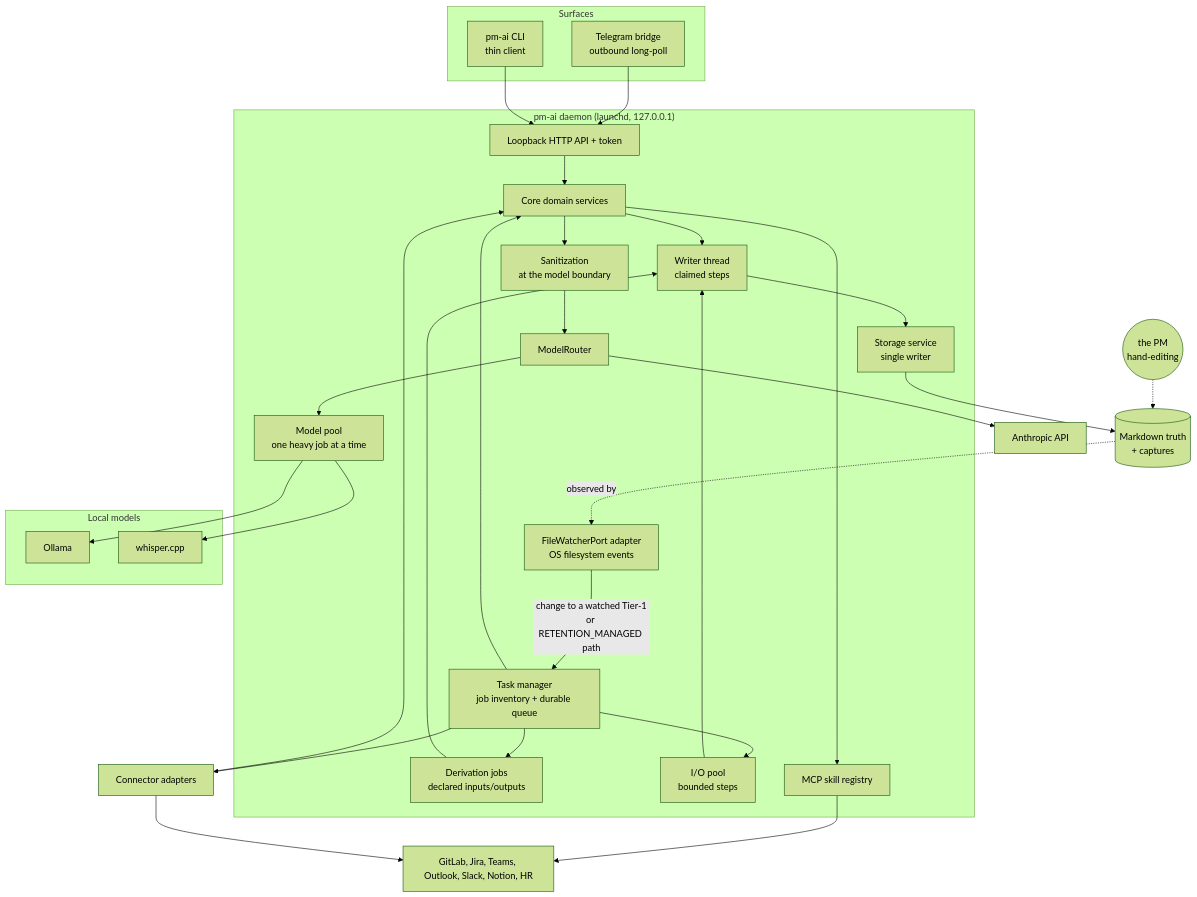
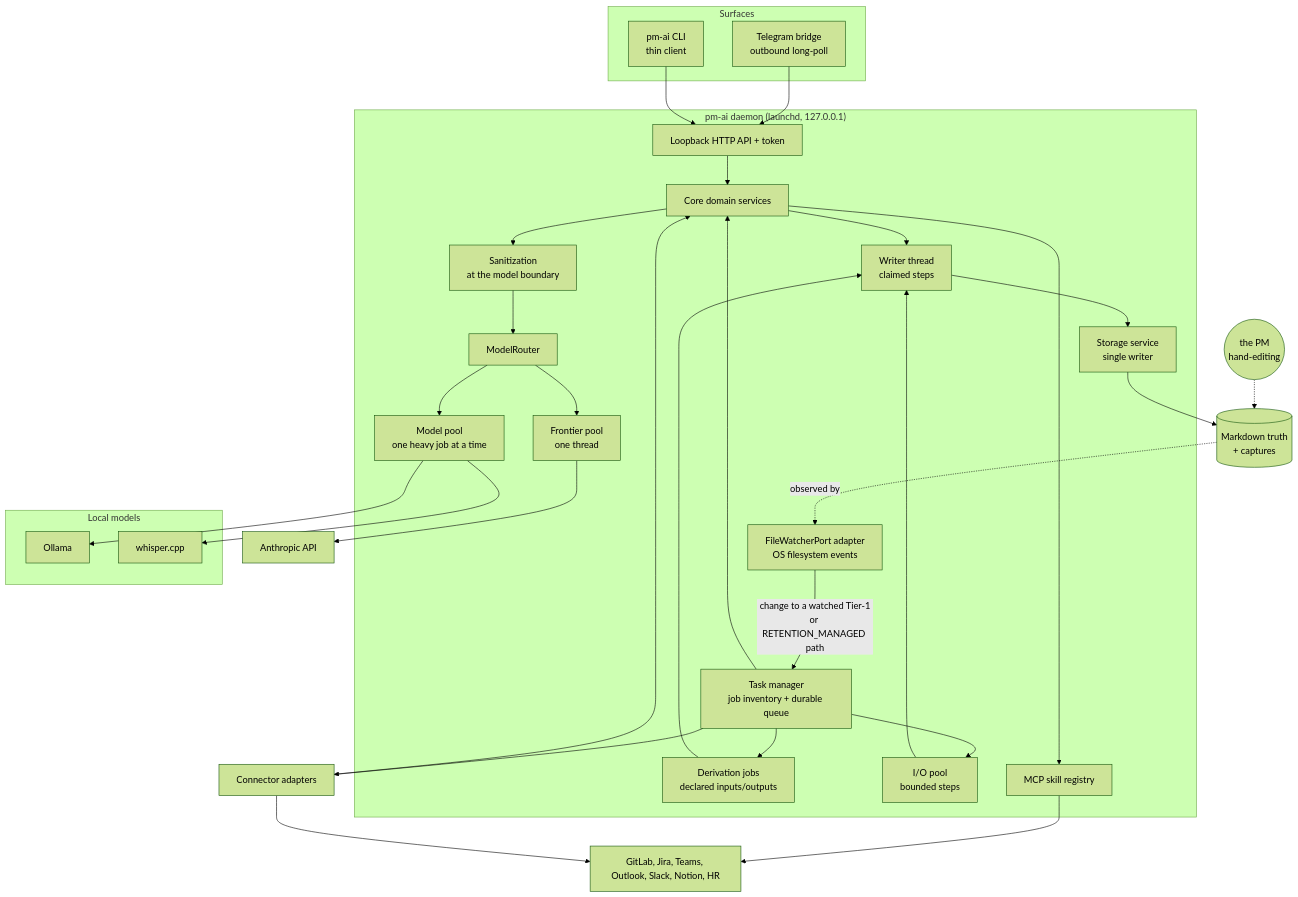
The second of 4 diagrams in _bmad-output/planning-artifacts/architecture/architecture-pm-ai-2026-08-18/ARCHITECTURE-SPINE.md (aramaniuk/pm-ai), drawn with Mermaid (forest theme) before and after one commit. The commit also changed other lines of this file and 15 other files, not shown here.

First line of the commit message:
docs(architecture): spine amended for wave 3 and finalized

````diff
--- a/_bmad-output/planning-artifacts/architecture/architecture-pm-ai-2026-08-18/ARCHITECTURE-SPINE.md
+++ b/_bmad-output/planning-artifacts/architecture/architecture-pm-ai-2026-08-18/ARCHITECTURE-SPINE.md
@@ -883,50 +939,52 @@
 ```mermaid
 graph TB
     subgraph Surfaces
         TG[Telegram bridge<br/>outbound long-poll]
         CLI[pm-ai CLI<br/>thin client]
     end
     subgraph Daemon["pm-ai daemon (launchd, 127.0.0.1)"]
         API[Loopback HTTP API + token]
         SCHED[Task manager<br/>job inventory + durable queue]
         WATCH[FileWatcherPort adapter<br/>OS filesystem events]
         JOBS[Derivation jobs<br/>declared inputs/outputs]
         CORE[Core domain services]
         SAN[Sanitization<br/>at the model boundary]
         POOL[Model pool<br/>one heavy job at a time]
+    FPOOL[Frontier pool<br/>one thread]
         IOPOOL[I/O pool<br/>bounded steps]
         WRITER[Writer thread<br/>claimed steps]
         STORE[Storage service<br/>single writer]
         ROUTER[ModelRouter]
         REG[MCP skill registry]
     end
     subgraph Local["Local models"]
         OLL[Ollama]
         WSP[whisper.cpp]
     end
     TG --> API
     CLI --> API
     API --> CORE
     SCHED --> CORE
     SCHED --> JOBS
     JOBS --> WRITER
     WRITER --> STORE
     WATCH -->|"change to a watched Tier-1<br/>or RETENTION_MANAGED path"| SCHED
     FSW[("Markdown truth<br/>+ captures")] -.observed by.-> WATCH
     STORE --> FSW
     PM(("the PM<br/>hand-editing")) -.-> FSW
     SCHED --> CONN[Connector adapters]
     CONN --> CORE
     CORE --> WRITER
     SCHED --> IOPOOL
     IOPOOL --> WRITER
     CORE --> SAN
     SAN --> ROUTER
     CORE --> REG
     ROUTER --> POOL
     POOL --> OLL
     POOL --> WSP
-    ROUTER --> ANTH[Anthropic API]
+    ROUTER --> FPOOL
+    FPOOL --> ANTH[Anthropic API]
     REG --> EXT[GitLab, Jira, Teams, Outlook, Slack, Notion, HR]
     CONN --> EXT
 ```
````
